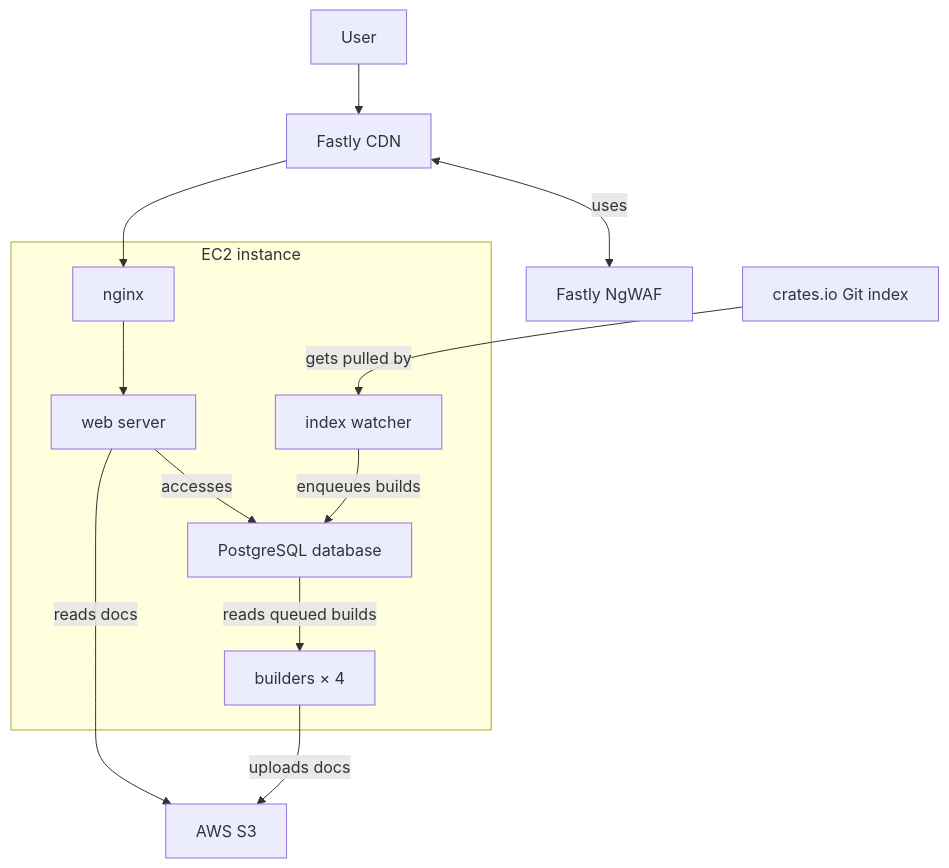
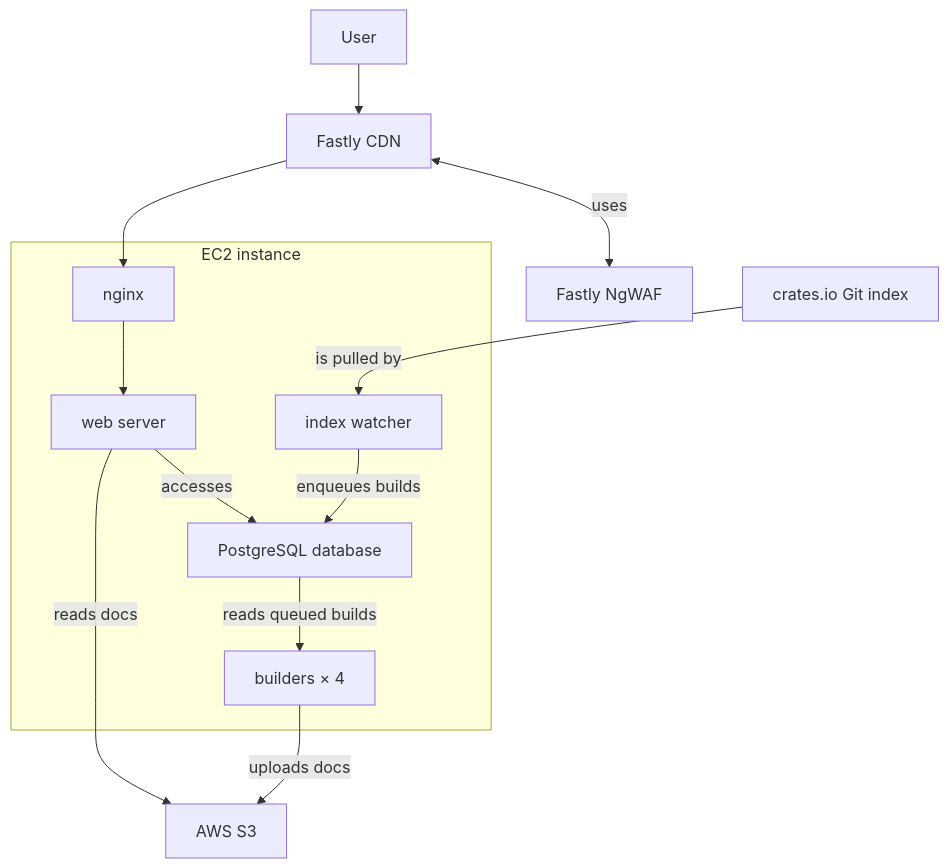
The diagram in docs/src/infrastructure/legacy.md (rust-lang/docs.rs), drawn with Mermaid before and after one commit. The commit also changed other lines of this file and 1 other file, not shown here.

````diff
--- a/docs/src/infrastructure/legacy.md
+++ b/docs/src/infrastructure/legacy.md
@@ -5,17 +5,17 @@
 ```mermaid
 flowchart TD
   user[User] --> fastly[Fastly CDN]
   fastly <--> |uses| ngwaf[Fastly NgWAF]
 
   subgraph ec2[EC2 instance]
     nginx[nginx] --> web[web server] --> |accesses| psql[PostgreSQL database]
     watcher[index watcher] --> |enqueues builds| psql
     psql --> |reads queued builds| builder[builders × 4]
   end
 
   fastly --> nginx
   web -->|reads docs| s3[AWS S3]
   builder --> |uploads docs| s3
 
-  index[crates.io Git index] --> |gets pulled by| watcher
+  index[crates.io Git index] --> |is pulled by| watcher
 ```
````
